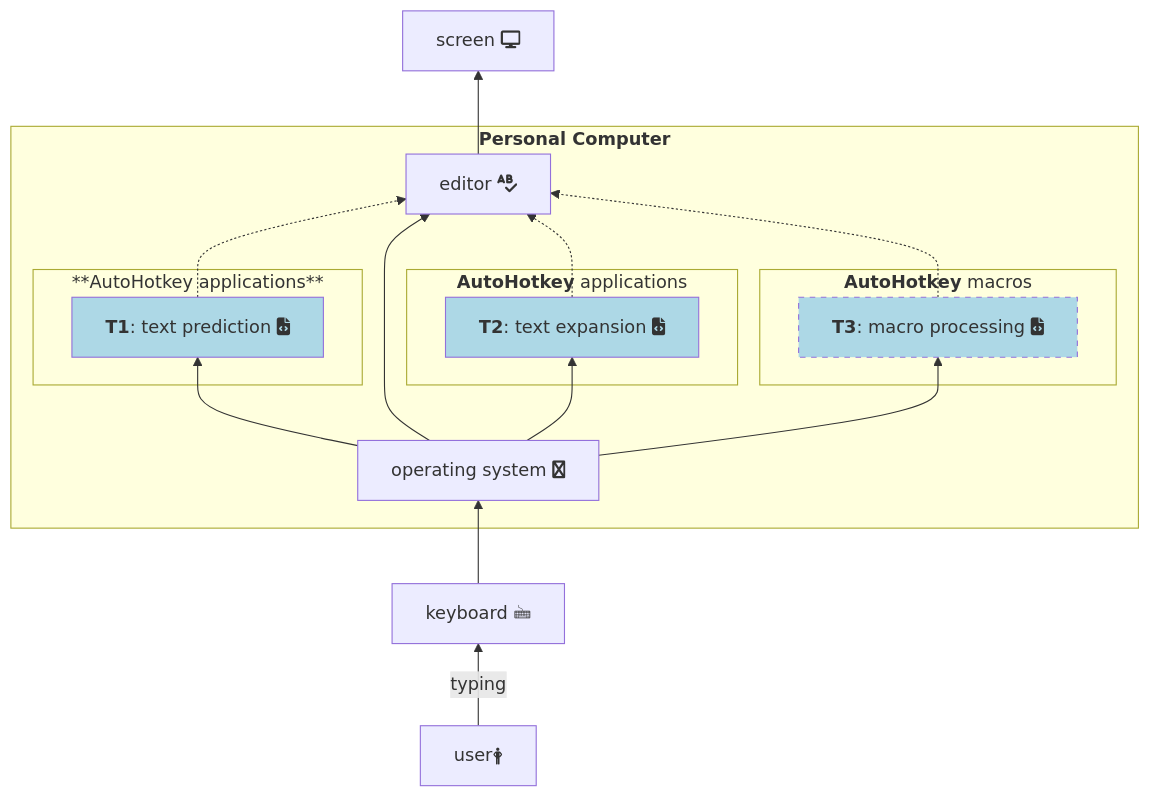
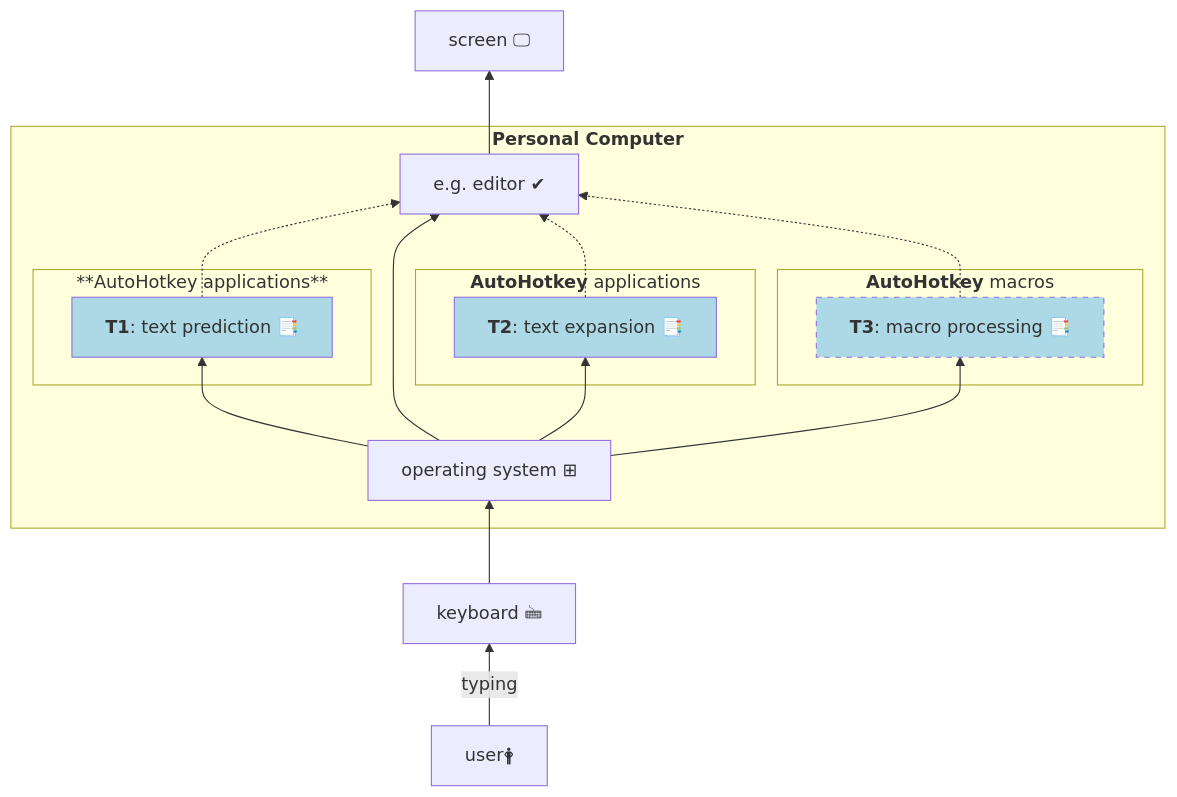
The fourth of 4 diagrams in BlockDiagrams_AHK.md (mslonik/mslonik), drawn with Mermaid before and after one commit. The commit also changed other lines of this file, not shown here.

````diff
--- a/BlockDiagrams_AHK.md
+++ b/BlockDiagrams_AHK.md
@@ -130,45 +130,45 @@
 ```mermaid
 %% hybrid approach 2
 flowchart BT
 	user["user🛉"]
 	keyboard["`keyboard 🖮`"]
-	screen[screen fa:fa-display]
-	OperatingSystem[operating system fa:fa-windows]
-	editor[editor fa:fa-spell-check]
-	TextPrediction["`**T1**: text prediction fa:fa-file-code`"]
-	TextExpansion["`**T2**: text expansion fa:fa-file-code`"]
-    MacroProcessing["`**T3**: macro processing fa:fa-file-code`"]
+	screen["screen 🖵"] 
+	OperatingSystem["operating system ⊞"]
+	editor[e.g. editor ✔]
+	TextPrediction["`**T1**: text prediction 📑`"]
+	TextExpansion["`**T2**: text expansion 📑`"]
+    MacroProcessing["`**T3**: macro processing 📑`"]
 
     user	-->	 |typing| keyboard
     
     subgraph "`**Personal Computer**`"
         
         style TextPrediction 	fill:lightblue
         style TextExpansion 	fill:lightblue
         style MacroProcessing   fill:lightblue, stroke-dasharray:5
 
         subgraph "**AutoHotkey applications**"
             TextPrediction
         end
 
         subgraph "`**AutoHotkey** applications`"
             TextExpansion
         end
    
         subgraph "`**AutoHotkey** macros`"
             MacroProcessing
         end
 
         OperatingSystem		--> 	TextPrediction
         OperatingSystem		--> 	TextExpansion
         OperatingSystem		--> 	MacroProcessing
         
         TextPrediction 		-.-> 	editor
         OperatingSystem		--> 	editor
         TextExpansion 		-.-> 	editor
         MacroProcessing     -.-> 	editor
     end
 
         keyboard			--> 	OperatingSystem
         editor	            --> screen
 ```
````
